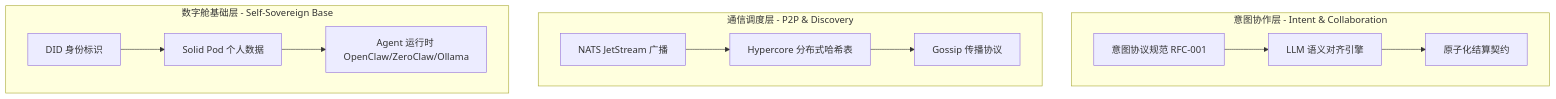
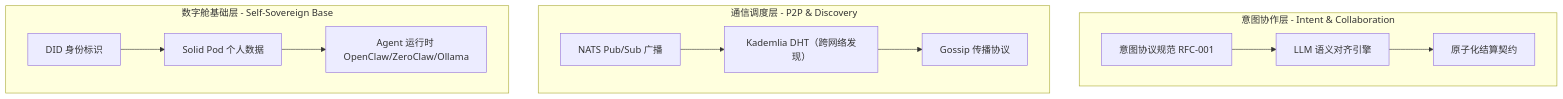
One commit to Sawyer-G/Open-A2A changed the diagram in docs/zh/03-architecture.md. Above: the diagram before and after it, drawn with Mermaid. The commit also changed 5 other files, not shown here.

First line of the commit message:
docs: 修正架构图与 RFC 列表并更新进度

````diff
--- a/docs/zh/03-architecture.md
+++ b/docs/zh/03-architecture.md
@@ -30,17 +30,17 @@
 ```mermaid
 graph TD
     subgraph L3 [意图协作层 - Intent & Collaboration]
         A[意图协议规范 RFC-001] --> B[LLM 语义对齐引擎]
         B --> C[原子化结算契约]
     end
 
     subgraph L2 [通信调度层 - P2P & Discovery]
-        D[NATS JetStream 广播] --> E[Hypercore 分布式哈希表]
+        D[NATS Pub/Sub 广播] --> E[Kademlia DHT（跨网络发现）]
         E --> F[Gossip 传播协议]
     end
 
     subgraph L1 [数字舱基础层 - Self-Sovereign Base]
         G[DID 身份标识] --> H[Solid Pod 个人数据]
         H --> I[Agent 运行时 OpenClaw/ZeroClaw/Ollama]
     end
 ```
````
